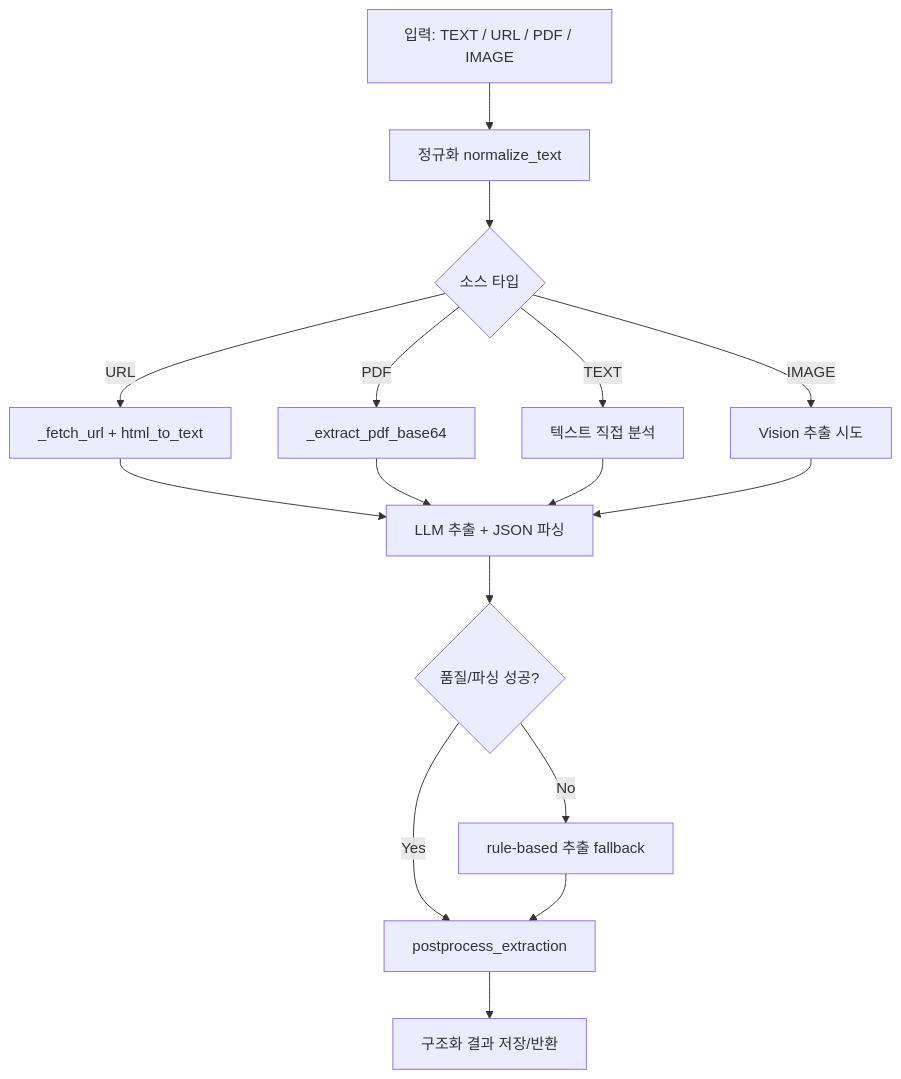
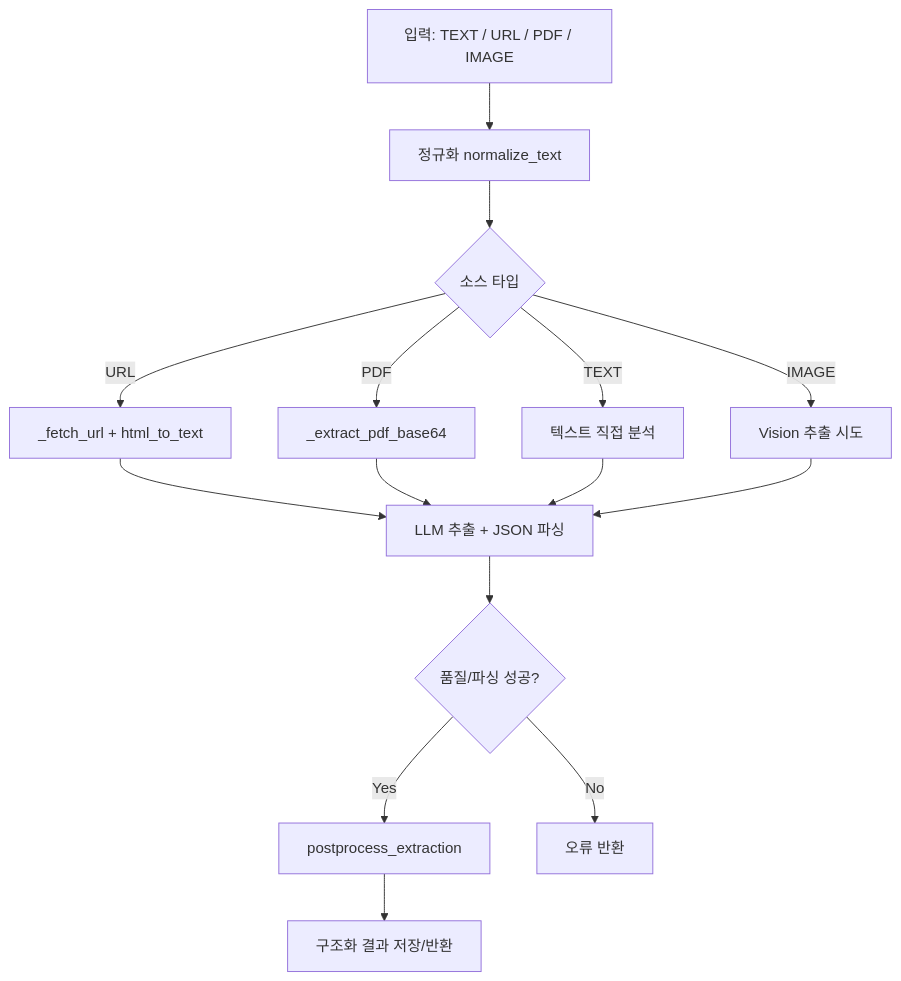
The fifth of 5 diagrams in docs/reports/개발스택-AI동작-버전비교-2026-07-09.md (ktdvlp-jih/resume-pilot), drawn with Mermaid before and after one commit. The commit also changed other lines of this file and 4 other files, not shown here.

````diff
--- a/docs/reports/개발스택-AI동작-버전비교-2026-07-09.md
+++ b/docs/reports/개발스택-AI동작-버전비교-2026-07-09.md
@@ -343,20 +346,19 @@
 ```mermaid
 flowchart TD
     IN[입력: TEXT / URL / PDF / IMAGE] --> NORM[정규화 normalize_text]
     NORM --> ROUTE{소스 타입}
     ROUTE -->|URL| FETCH[_fetch_url + html_to_text]
     ROUTE -->|PDF| PDF[_extract_pdf_base64]
     ROUTE -->|IMAGE| IMG[Vision 추출 시도]
     ROUTE -->|TEXT| TXT[텍스트 직접 분석]
 
     FETCH --> LLM
     PDF --> LLM
     TXT --> LLM
     IMG --> LLM
 
     LLM[LLM 추출 + JSON 파싱] --> OK{품질/파싱 성공?}
     OK -->|Yes| POST[postprocess_extraction]
-    OK -->|No| RULE[rule-based 추출 fallback]
-    RULE --> POST
+    OK -->|No| ERR[오류 반환]
     POST --> OUT[구조화 결과 저장/반환]
 ```
````
